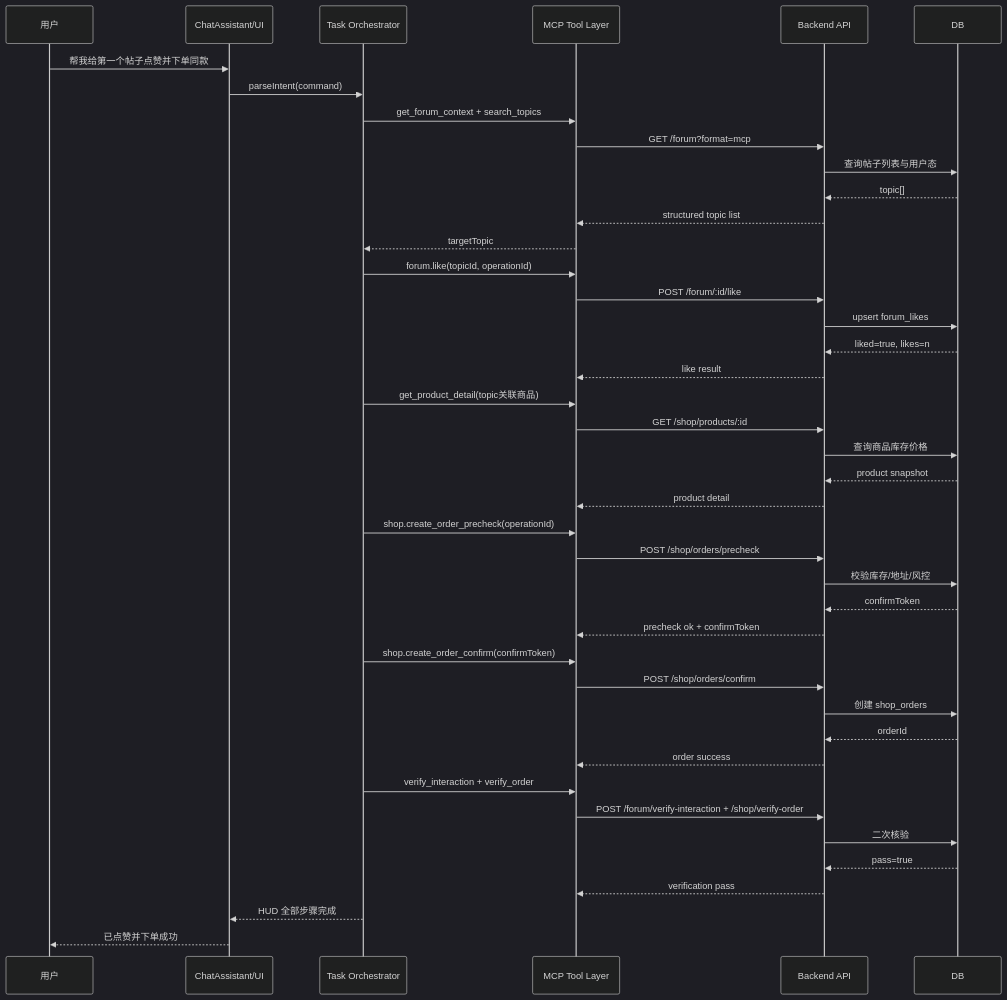
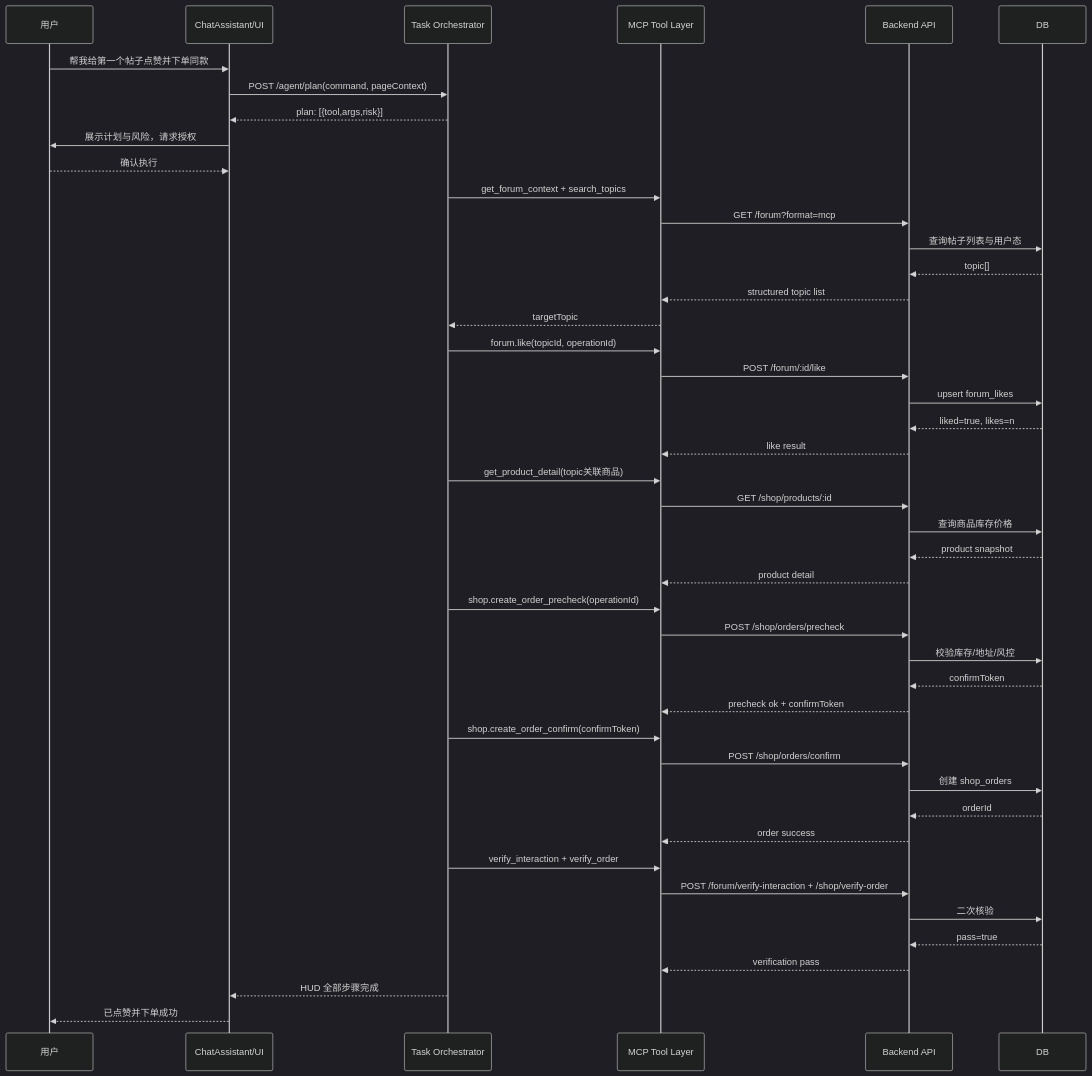
One commit to wensonlu/dog_project changed the second of 2 diagrams in docs/plans/2026-05-21-ai-like-order-architecture-diagram.md. Above: the diagram before and after it, drawn with Mermaid (dark theme). The commit also changed other lines of this file and 46 other files, not shown here.

````diff
--- a/docs/plans/2026-05-21-ai-like-order-architecture-diagram.md
+++ b/docs/plans/2026-05-21-ai-like-order-architecture-diagram.md
@@ -82,52 +83,55 @@
 ```mermaid
 sequenceDiagram
   participant User as 用户
   participant UI as ChatAssistant/UI
   participant ORC as Task Orchestrator
   participant MCP as MCP Tool Layer
   participant API as Backend API
   participant DB as DB
 
   User->>UI: 帮我给第一个帖子点赞并下单同款
-  UI->>ORC: parseIntent(command)
+  UI->>ORC: POST /agent/plan(command, pageContext)
+  ORC-->>UI: plan: [{tool,args,risk}]
+  UI->>User: 展示计划与风险，请求授权
+  User-->>UI: 确认执行
 
   ORC->>MCP: get_forum_context + search_topics
   MCP->>API: GET /forum?format=mcp
   API->>DB: 查询帖子列表与用户态
   DB-->>API: topic[]
   API-->>MCP: structured topic list
   MCP-->>ORC: targetTopic
 
   ORC->>MCP: forum.like(topicId, operationId)
   MCP->>API: POST /forum/:id/like
   API->>DB: upsert forum_likes
   DB-->>API: liked=true, likes=n
   API-->>MCP: like result
 
   ORC->>MCP: get_product_detail(topic关联商品)
   MCP->>API: GET /shop/products/:id
   API->>DB: 查询商品库存价格
   DB-->>API: product snapshot
   API-->>MCP: product detail
 
   ORC->>MCP: shop.create_order_precheck(operationId)
   MCP->>API: POST /shop/orders/precheck
   API->>DB: 校验库存/地址/风控
   DB-->>API: confirmToken
   API-->>MCP: precheck ok + confirmToken
 
   ORC->>MCP: shop.create_order_confirm(confirmToken)
   MCP->>API: POST /shop/orders/confirm
   API->>DB: 创建 shop_orders
   DB-->>API: orderId
   API-->>MCP: order success
 
   ORC->>MCP: verify_interaction + verify_order
   MCP->>API: POST /forum/verify-interaction + /shop/verify-order
   API->>DB: 二次核验
   DB-->>API: pass=true
   API-->>MCP: verification pass
 
   ORC-->>UI: HUD 全部步骤完成
   UI-->>User: 已点赞并下单成功
 ```
````
